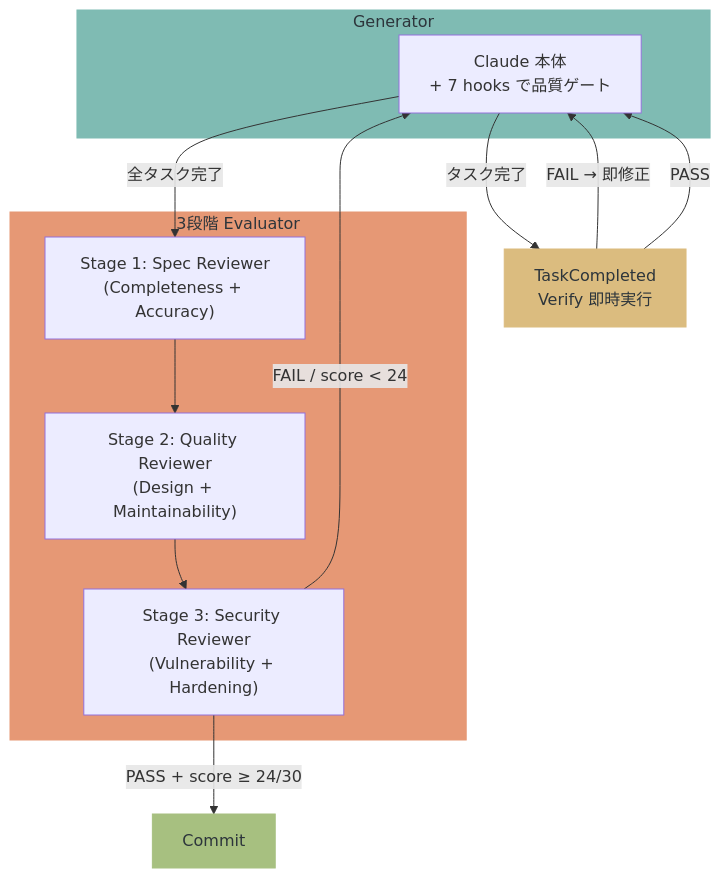
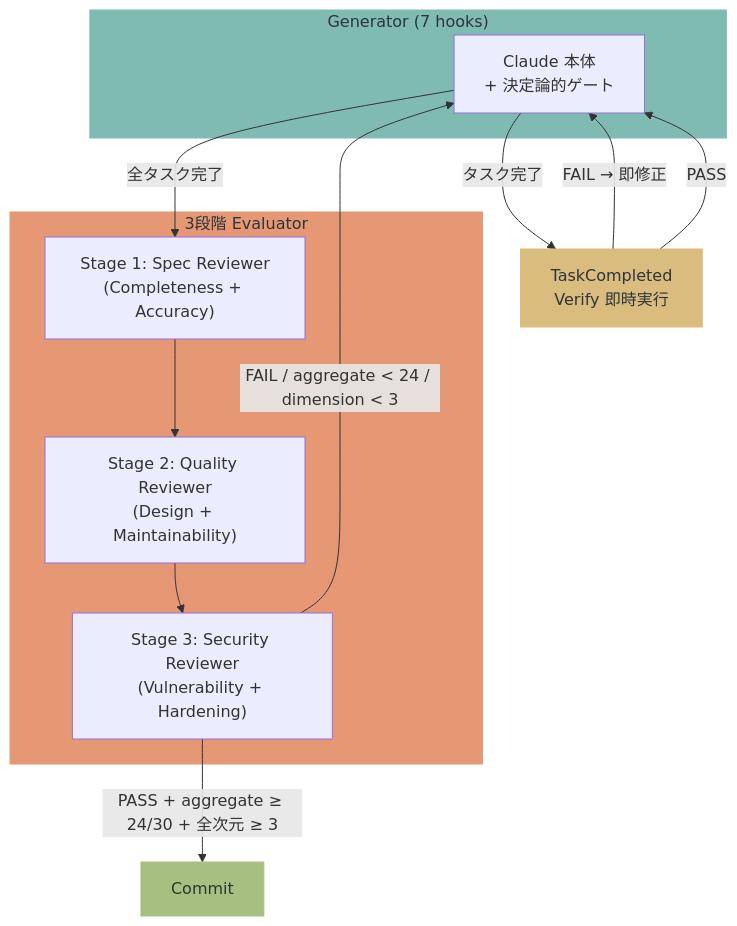
Before and after one commit to hir4ta/qult: the second of 2 diagrams in README.ja.md, drawn with Mermaid. The commit also changed other lines of this file and 14 other files, not shown here.

Commit message:
v0.20.1: dimension floor, 3-stage aggregate scoring, harness engineering README

````diff
--- a/README.ja.md
+++ b/README.ja.md
@@ -67,25 +91,25 @@
 ```mermaid
 flowchart TB
-    subgraph Generator["Generator"]
-        Claude["Claude 本体\n+ 7 hooks で品質ゲート"]
+    subgraph Generator["Generator (7 hooks)"]
+        Claude["Claude 本体\n+ 決定論的ゲート"]
     end
     subgraph Evaluator["3段階 Evaluator"]
         Spec["Stage 1: Spec Reviewer\n(Completeness + Accuracy)"]
         Quality["Stage 2: Quality Reviewer\n(Design + Maintainability)"]
         Security["Stage 3: Security Reviewer\n(Vulnerability + Hardening)"]
     end
 
     Claude -- "タスク完了" --> TV["TaskCompleted\nVerify 即時実行"]
     TV -- "FAIL → 即修正" --> Claude
     TV -- "PASS" --> Claude
     Claude -- "全タスク完了" --> Spec
     Spec --> Quality
     Quality --> Security
-    Security -- "FAIL / score < 24" --> Claude
-    Security -- "PASS + score ≥ 24/30" --> Done["Commit"]
+    Security -- "FAIL / aggregate < 24 / dimension < 3" --> Claude
+    Security -- "PASS + aggregate ≥ 24/30 + 全次元 ≥ 3" --> Done["Commit"]
 
     style Generator fill:#7fbbb3,color:#2d353b,stroke:#7fbbb3
     style Evaluator fill:#e69875,color:#2d353b,stroke:#e69875
     style Done fill:#a7c080,color:#2d353b,stroke:#a7c080
     style TV fill:#dbbc7f,color:#2d353b,stroke:#dbbc7f
 ```
````
